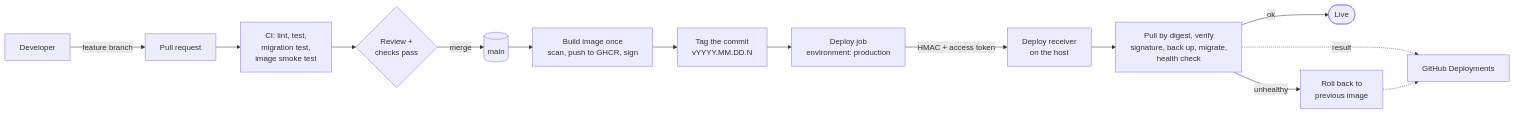
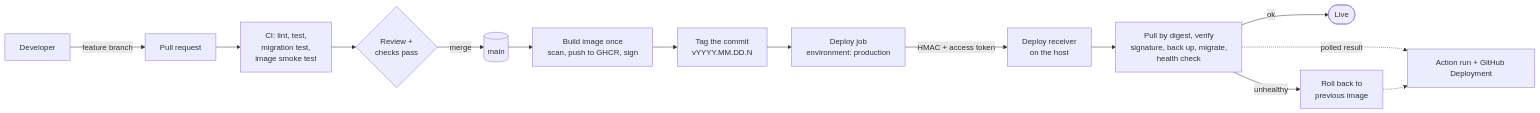
One commit to mlh5599/muddys-music-cafe changed the first of 2 diagrams in docs/deployment.md. Above: the diagram before and after it, drawn with Mermaid. The commit also changed other lines of this file, not shown here.

First line of the commit message:
Update deployment doc to the as-built pipeline

````diff
--- a/docs/deployment.md
+++ b/docs/deployment.md
@@ -19,16 +19,16 @@
 ```mermaid
 flowchart LR
     dev[Developer] -->|feature branch| pr[Pull request]
     pr --> ci[CI: lint, test,<br/>migration test,<br/>image smoke test]
     ci --> review{Review +<br/>checks pass}
     review -->|merge| main[(main)]
     main --> build[Build image once<br/>scan, push to GHCR, sign]
     build --> tag[Tag the commit<br/>vYYYY.MM.DD.N]
     tag --> deploy[Deploy job<br/>environment: production]
     deploy -->|HMAC + access token| hook[Deploy receiver<br/>on the host]
     hook --> run[Pull by digest, verify<br/>signature, back up, migrate,<br/>health check]
     run -->|ok| done([Live])
     run -->|unhealthy| rb[Roll back to<br/>previous image]
-    run -.->|result| gh[GitHub Deployments]
+    run -.->|polled result| gh[Action run + GitHub Deployment]
     rb -.-> gh
 ```
````
